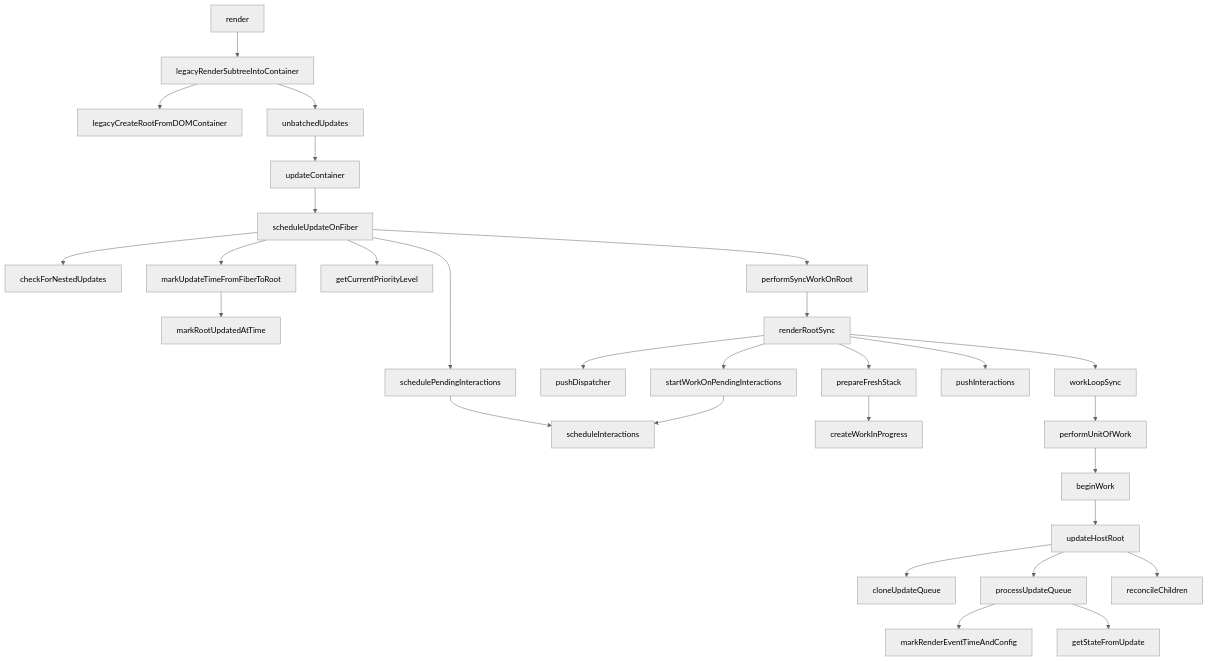
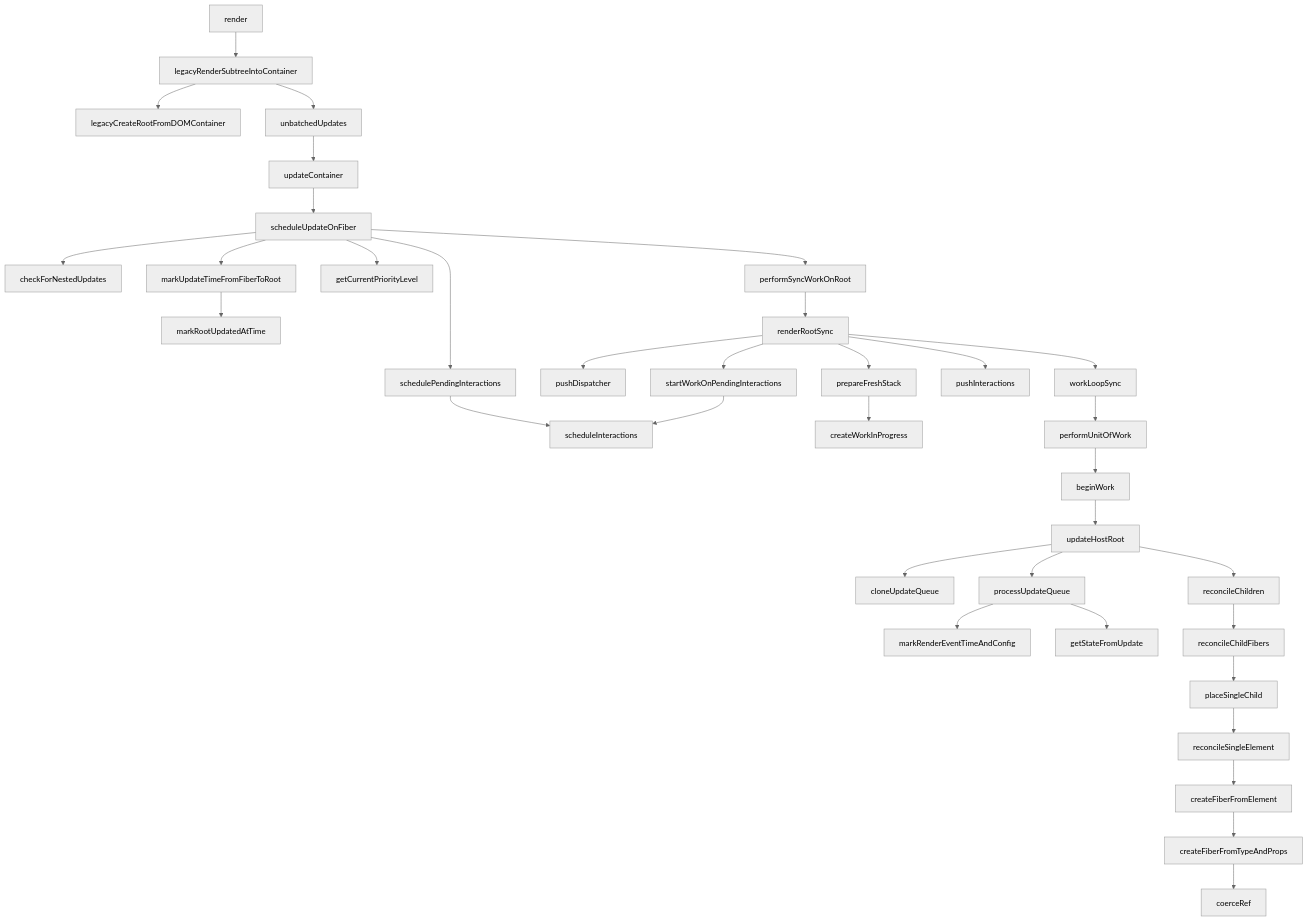
The diagram in source/_posts/2020-07-15-react源码学习之首次渲染调度更新的过程.md (ginnko/ginnko.github.io), drawn with Mermaid (neutral theme) before and after one commit. The commit also changed other lines of this file, not shown here.

````diff
--- a/source/_posts/2020-07-15-react源码学习之首次渲染调度更新的过程.md
+++ b/source/_posts/2020-07-15-react源码学习之首次渲染调度更新的过程.md
@@ -16,32 +16,38 @@
 ```mermaid
 graph TD;
 
   render --> legacyRenderSubtreeIntoContainer;
   legacyRenderSubtreeIntoContainer --> legacyCreateRootFromDOMContainer;
   legacyRenderSubtreeIntoContainer --> unbatchedUpdates;
   unbatchedUpdates --> updateContainer;
   updateContainer --> scheduleUpdateOnFiber;
   scheduleUpdateOnFiber --> checkForNestedUpdates;
   scheduleUpdateOnFiber --> markUpdateTimeFromFiberToRoot;
   markUpdateTimeFromFiberToRoot --> markRootUpdatedAtTime;
   scheduleUpdateOnFiber --> getCurrentPriorityLevel;
   scheduleUpdateOnFiber --> schedulePendingInteractions;
   schedulePendingInteractions --> scheduleInteractions;
   scheduleUpdateOnFiber --> performSyncWorkOnRoot;
   performSyncWorkOnRoot --> renderRootSync;
   renderRootSync --> pushDispatcher;
   renderRootSync --> prepareFreshStack;
   prepareFreshStack --> createWorkInProgress;
   renderRootSync --> startWorkOnPendingInteractions;
   startWorkOnPendingInteractions --> scheduleInteractions;
   renderRootSync --> pushInteractions;
   renderRootSync --> workLoopSync;
   workLoopSync --> performUnitOfWork;
   performUnitOfWork --> beginWork;
   beginWork --> updateHostRoot;
   updateHostRoot --> cloneUpdateQueue;
   updateHostRoot --> processUpdateQueue;
   processUpdateQueue --> markRenderEventTimeAndConfig;
   processUpdateQueue --> getStateFromUpdate;
   updateHostRoot --> reconcileChildren;
+  reconcileChildren --> reconcileChildFibers;
+  reconcileChildFibers --> placeSingleChild;
+  placeSingleChild --> reconcileSingleElement;
+  reconcileSingleElement --> createFiberFromElement;
+  createFiberFromElement --> createFiberFromTypeAndProps;
+  createFiberFromTypeAndProps --> coerceRef;
 ```
````
